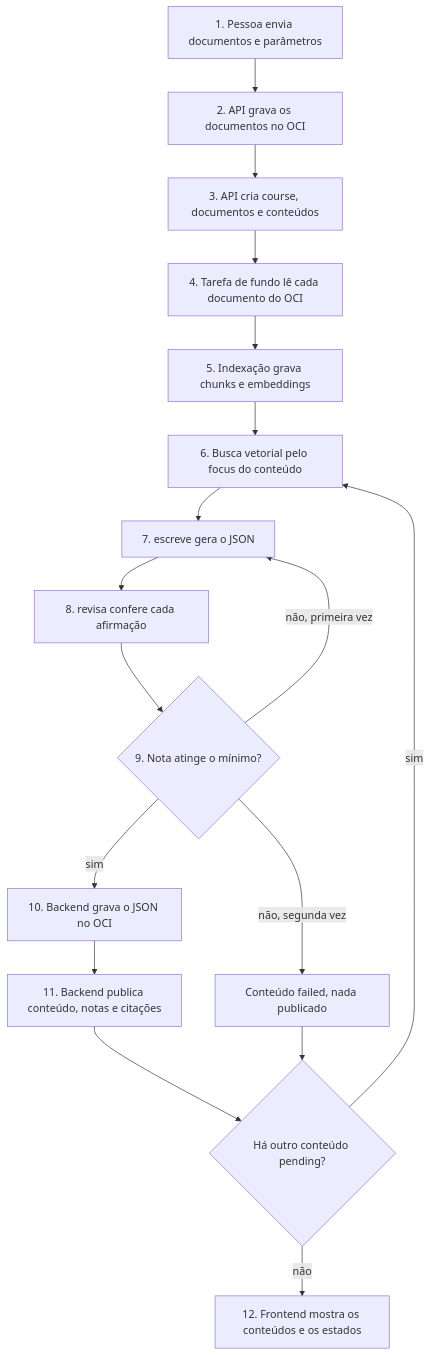
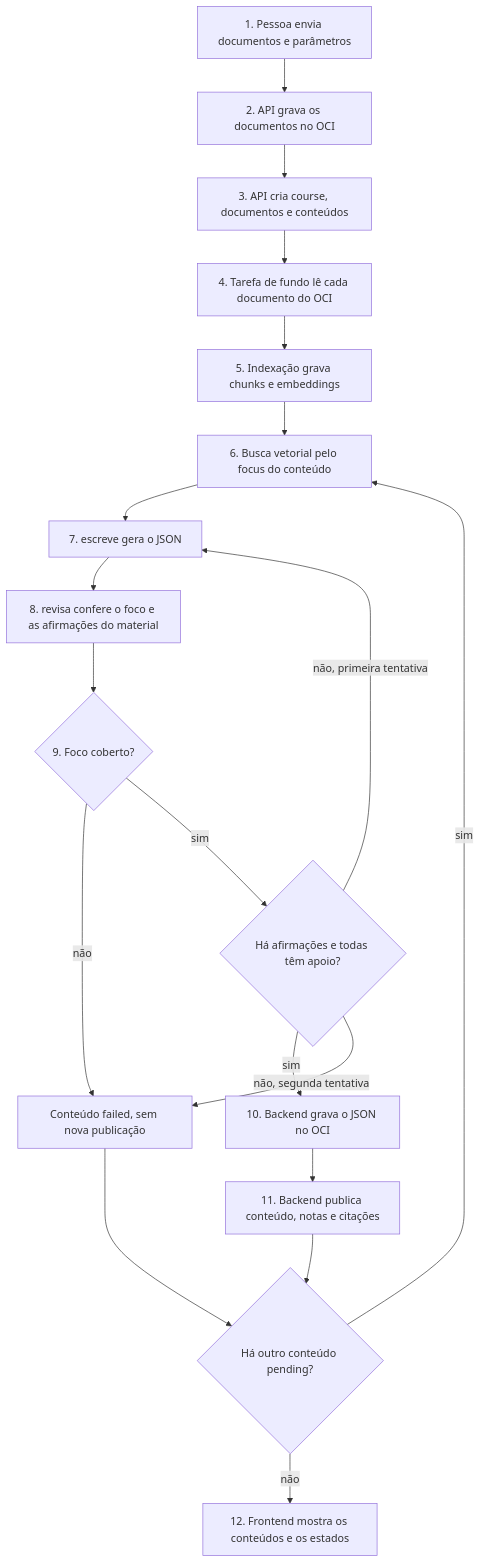
Before and after one commit to No-Country-simulation/g10_equipe1_novamente: the diagram in docs/ARCHITECTURE.md, drawn with Mermaid. The commit also changed other lines of this file and 7 other files, not shown here.

Commit message:
fix: exige foco coberto e apoio para publicar (T40)

````diff
--- a/docs/ARCHITECTURE.md
+++ b/docs/ARCHITECTURE.md
@@ -63,19 +63,21 @@
 ```mermaid
 flowchart TD
     A[1. Pessoa envia documentos e parâmetros] --> B[2. API grava os documentos no OCI]
     B --> C[3. API cria course, documentos e conteúdos]
     C --> D[4. Tarefa de fundo lê cada documento do OCI]
     D --> E[5. Indexação grava chunks e embeddings]
     E --> F[6. Busca vetorial pelo focus do conteúdo]
     F --> G[7. escreve gera o JSON]
-    G --> H[8. revisa confere cada afirmação]
-    H --> I{9. Nota atinge o mínimo?}
-    I -- sim --> J[10. Backend grava o JSON no OCI]
+    G --> H[8. revisa confere o foco e as afirmações do material]
+    H --> I{9. Foco coberto?}
+    I -- não --> L[Conteúdo failed, sem nova publicação]
+    I -- sim --> P{Há afirmações e todas têm apoio?}
+    P -- sim --> J[10. Backend grava o JSON no OCI]
     J --> K[11. Backend publica conteúdo, notas e citações]
-    I -- não, primeira vez --> G
-    I -- não, segunda vez --> L[Conteúdo failed, nada publicado]
+    P -- não, primeira tentativa --> G
+    P -- não, segunda tentativa --> L
     K --> N{Há outro conteúdo pending?}
     L --> N
     N -- sim --> F
     N -- não --> M[12. Frontend mostra os conteúdos e os estados]
 ```
````
